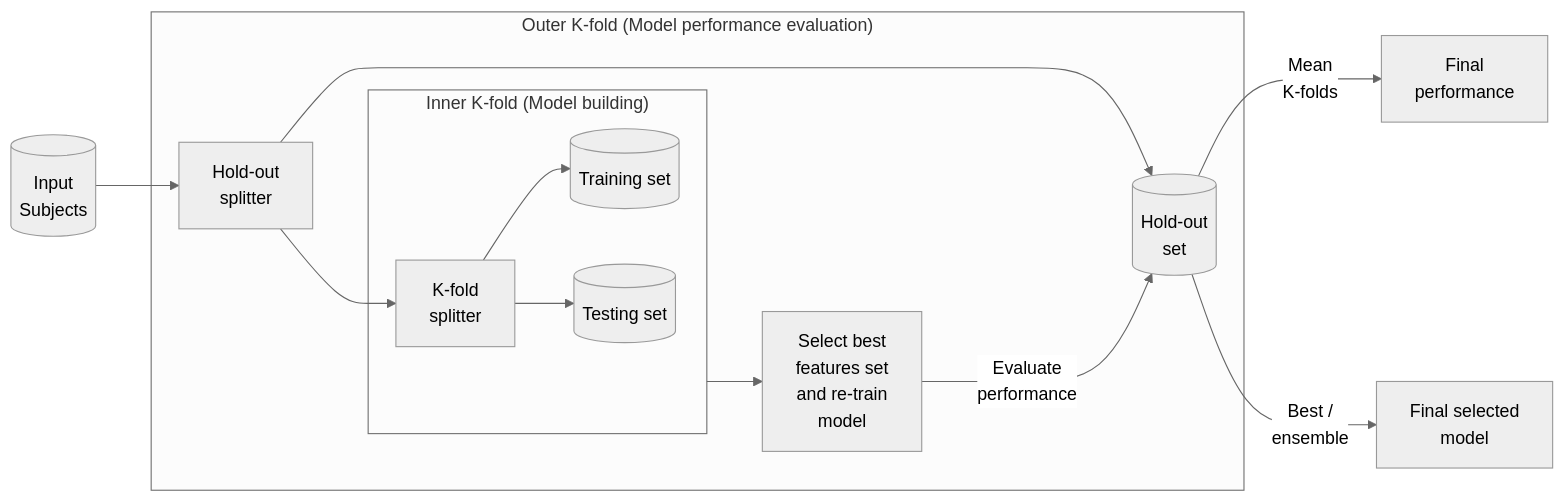
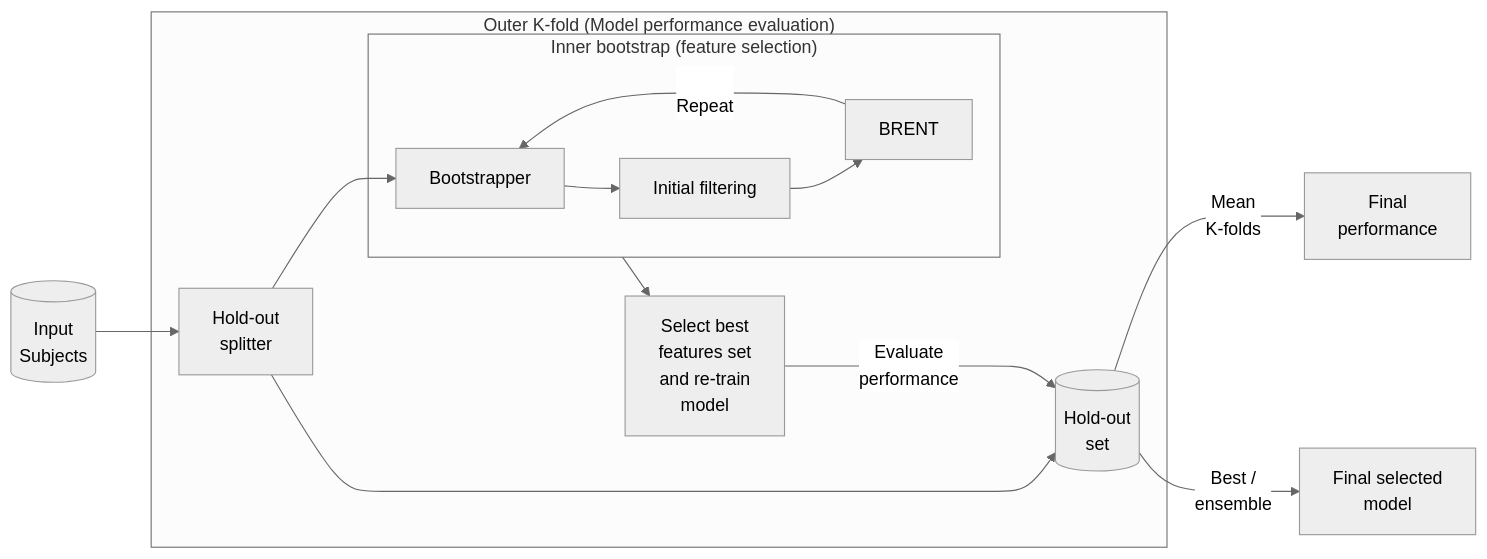
The fifth of 7 diagrams in README.md (alabamagan/mri_radiomics_toolkit), drawn with Mermaid (neutral theme) before and after one commit. The commit also changed other lines of this file and 3 other files, not shown here.

````diff
--- a/README.md
+++ b/README.md
@@ -293,23 +296,22 @@
 ```mermaid
 flowchart LR
   A[(Input<br>Subjects)]   
   subgraph Outer["Outer K-fold (Model performance evaluation)"]
-    subgraph Inner["Inner K-fold (Model building)"]
-      G[K-fold<br>splitter]
-      B[(Training set)]
-      C[(Testing set)]
-
+    subgraph Inner["Inner bootstrap (feature selection)"]
+      G[Bootstrapper]
+      B[BRENT]
+      N[Initial filtering]
+	  G --> N --> B
+	  B --> |<br>Repeat|G
     end
     E[Hold-out <br>splitter]
     D[(Hold-out<br>set)]
-
-    G --> B & C
-  Inner ---> K[Select best<br>features set<br>and re-train<br>model]
+    Inner --> K[Select best<br>features set<br>and re-train<br>model]
   end  
   A --> E
   E --> G
   E --> D
   K ---> |Evaluate<br>performance|D
   D --> |Mean<br>K-folds|F["Final<br>performance"]
   D --> |Best /<br>ensemble|H[Final selected<br>model]
 ```
````
